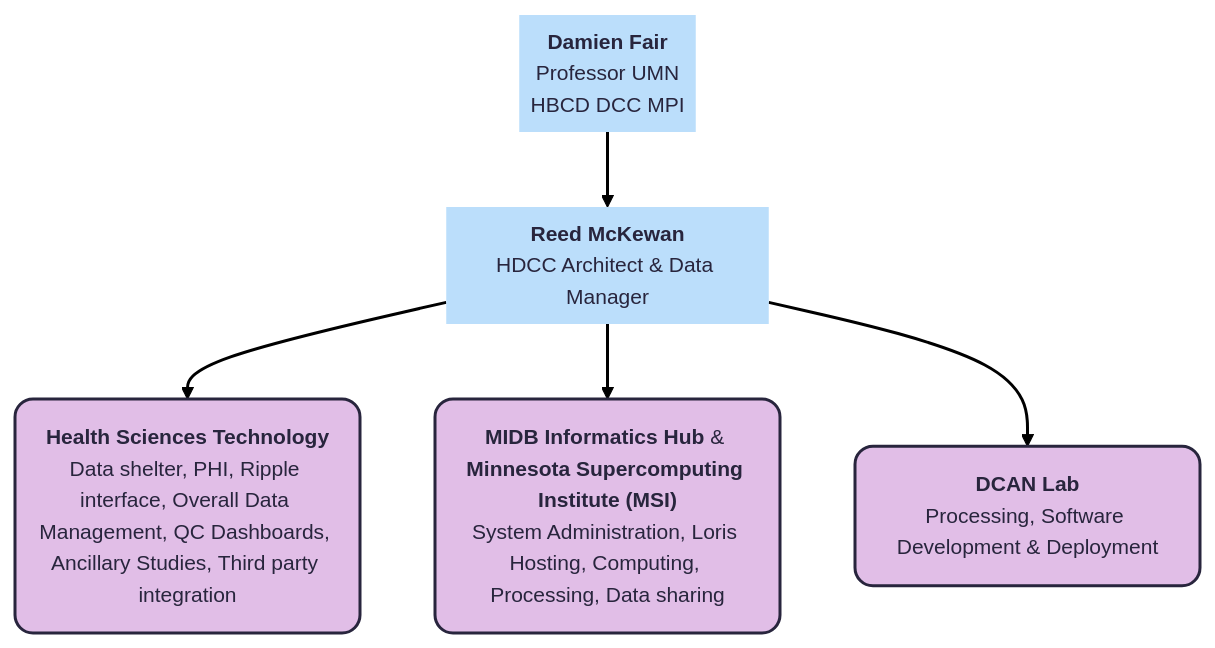
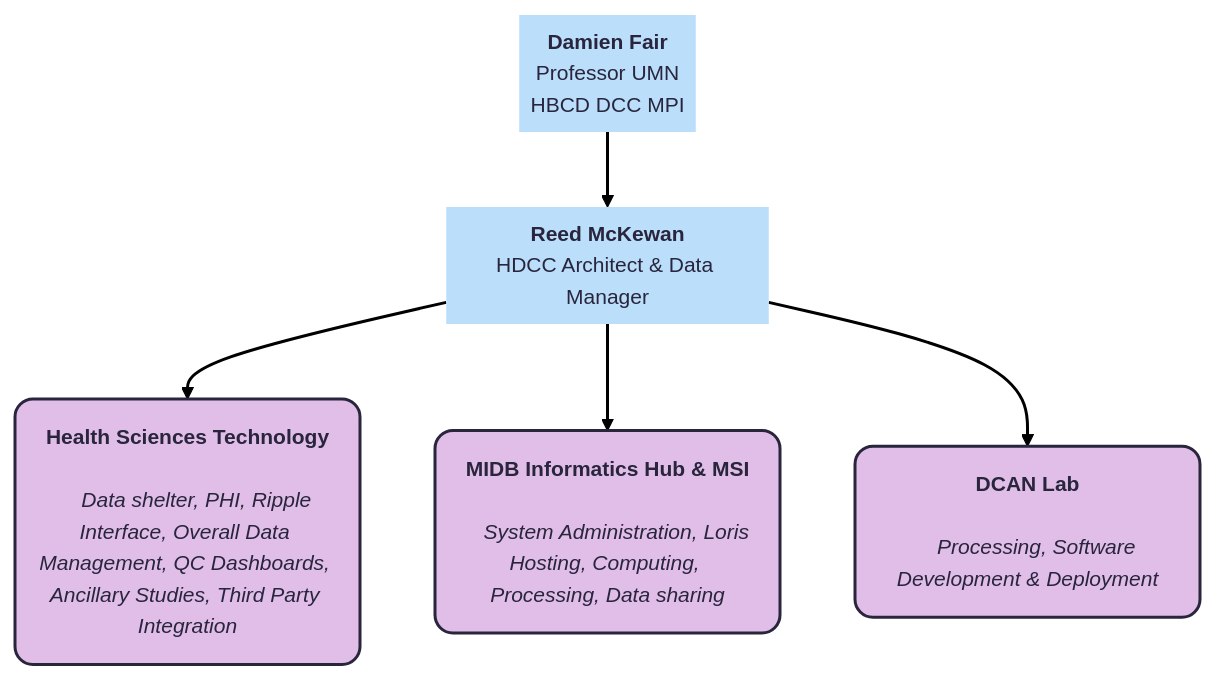
Before and after one commit to DCAN-Labs/hbcd-docs-internal: the third of 10 diagrams in docs/orgcharts.md, drawn with Mermaid. The commit also changed other lines of this file, not shown here.

Commit message:
improve UMN overview

````diff
--- a/docs/orgcharts.md
+++ b/docs/orgcharts.md
@@ -306,23 +306,28 @@
 ```mermaid
 ---
 config:
   theme: redux
   layout: dagre
 ---
 flowchart TB
     A["<b>Damien Fair</b><br>Professor UMN<br>HBCD DCC MPI"] --> A1["<b>Reed McKewan</b><br>HDCC Architect &amp; Data Manager"]
-    A1 --> HST["<b>Health Sciences Technology</b><br>Data shelter, PHI, Ripple interface, Overall Data Management, QC Dashboards, Ancillary Studies, Third party integration"] & MIDB["<b>MIDB Informatics Hub</b> & <b>Minnesota Supercomputing Institute (MSI)</b><br>System Administration, Loris Hosting, Computing, Processing, Data sharing"] & DCAN["<b>DCAN Lab</b><br>Processing, Software Development &amp; Deployment"]
+    A1 --> HST["<b>Health Sciences Technology</b><br>
+    <i>Data shelter, PHI, Ripple Interface, Overall Data Management, QC Dashboards, Ancillary Studies, Third Party Integration</i>"]
+    A1 --> MIDB["<b>MIDB Informatics Hub & MSI</b><br>
+    <i>System Administration, Loris Hosting, Computing, Processing, Data sharing</i>"] 
+    A1 --> DCAN["<b>DCAN Lab</b><br>
+    <i>Processing, Software Development &amp; Deployment</i>"]
     A@{ shape: text}
     A1@{ shape: text}
     HST@{ shape: rounded}
     MIDB@{ shape: rounded}
     DCAN@{ shape: rounded}
     style A fill:#BBDEFB
     style A1 fill:#BBDEFB
     style HST fill:#E1BEE7
     style MIDB fill:#E1BEE7
     style DCAN fill:#E1BEE7
     click HST "#health-sciences-technology-hst"
-    click MIDB "#midb-informatics-hub-msi"
+    click MIDB "#masonic-institute-for-the-developing-brain-midb-informatics-hub"
     click DCAN "#dcan-lab"
 ```
````
